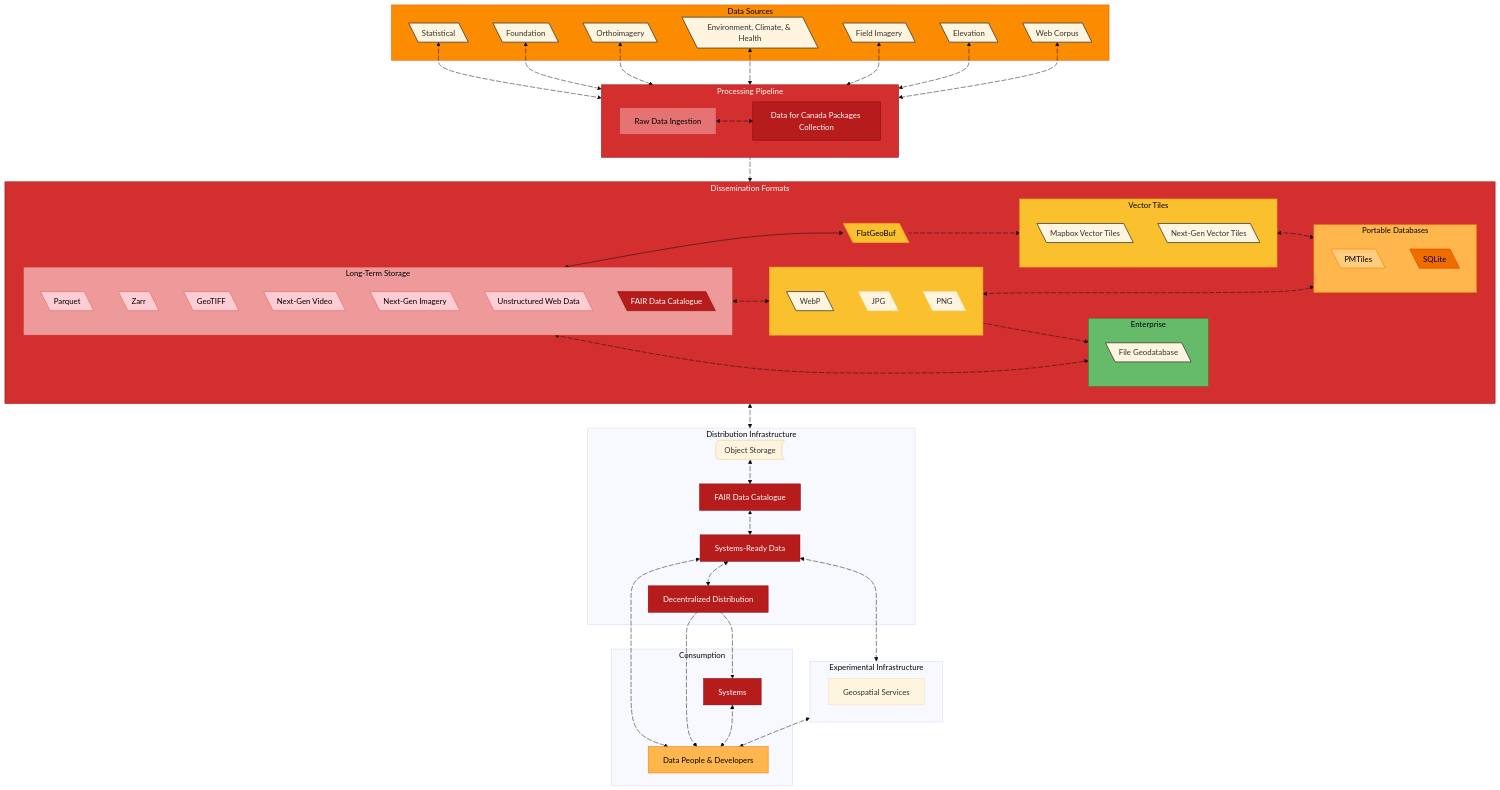
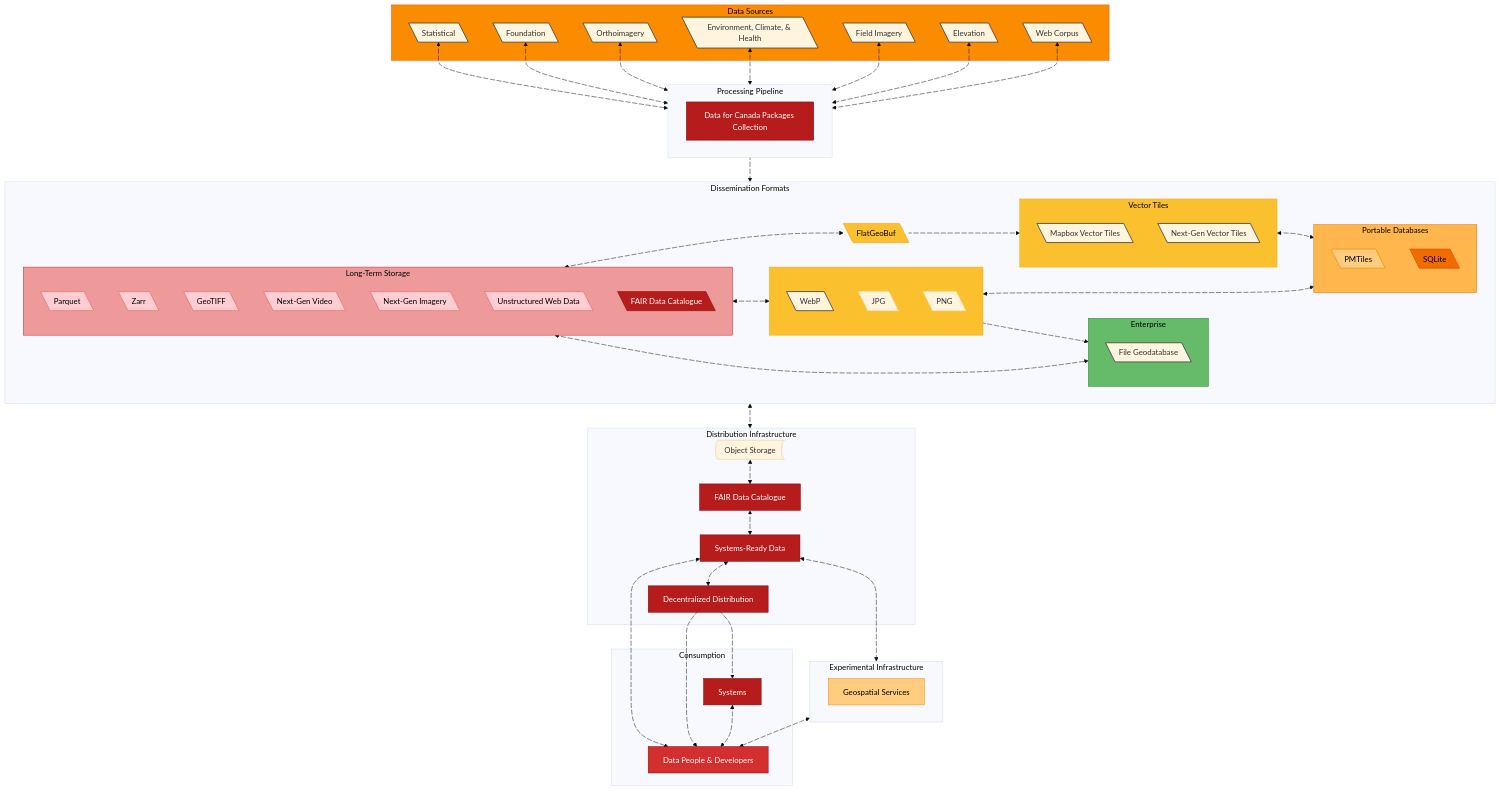
Before and after one commit to dataforcanada/www.dataforcanada.org: the diagram in content/_index.md, drawn with Mermaid (base theme).

Commit message:
Fix colors for high-level overview diagram on homepage

```diff
--- a/content/_index.md
+++ b/content/_index.md
@@ -86,10 +86,7 @@
     subgraph pp [Processing Pipeline]
         %% Not the orchestrator, but a key towards achieving project mission.
         DataforCanadaPackagesCollection@{ shape: rect, label: "Data for Canada Packages Collection"}
-        Raw@{ shape: rect, label: "Raw Data Ingestion"}
         %% Internal Link
-        Raw a1000@ <--> DataforCanadaPackagesCollection
-        a1000@{animate: true, animation: slow}
     end
 
     %% ---------------------------------------------------------
@@ -185,8 +182,8 @@
     a10@{animate: true, animation: fast}
 
     %% Long-Term Storage --> FlatGeoBuf
-    sot a10@<--> FlatGeoBuf
-    a10@{animate: true, animation: fast}
+    sot a10000@<--> FlatGeoBuf
+    a10000@{animate: true, animation: fast}
     
     %% FlatGeoBuf --> Vector Tiles (Box)
     FlatGeoBuf a11@--> vt
@@ -245,16 +242,15 @@
 
 classDef linkNode stroke:#333333,color:#333333,stroke-width:1.5px;
 
-style pp fill:#D32F2F,stroke:#8E0000,color:#FFFFFF
+%%style pp fill:#D32F2F,stroke:#8E0000,color:#FFFFFF
 style DataforCanadaPackagesCollection fill:#B71C1C,stroke:#7F0000,color:#FFFFFF
 style FAIRDataDis fill:#B71C1C,stroke:#7F0000,color:#FFFFFF
 style DecentralizedDistribution fill:#B71C1C,stroke:#7F0000,color:#FFFFFF
 style HTTP fill:#B71C1C,stroke:#7F0000,color:#FFFFFF
 style Systems fill:#B71C1C,stroke:#7F0000,color:#FFFFFF
 style Metadata fill:#B71C1C,stroke:#7F0000,color:#FFFFFF
-style Raw fill:#E57373,stroke:#C62828,color:#000000
 
-style df fill:#D32F2F,stroke:#8E0000,color:#FFFFFF
+%%style df fill:#D32F2F,stroke:#8E0000,color:#FFFFFF
 style sot fill:#EF9A9A,stroke:#C62828,color:#000000
 
 style Parquet fill:#FFCDD2,stroke:#E57373,color:#000000
@@ -276,7 +272,8 @@
 style visuals fill:#FBC02D,stroke:#F9A825,color:#000000
 
 style ent fill:#66BB6A,stroke:#2E7D32,color:#000000
-style DataSci fill:#FFB74D,stroke:#EF6C00,color:#000000
+style DataSci fill:#D32F2F,stroke:#8E0000,color:#FFFFFF
+style GeoSpatialServices fill:#FFCC80,stroke:#FB8C00,color:#000000
 
 
 class Foundation,Statistical,Orthoimagery,FieldImagery,EnvironmentClimate,Elevation,WebCorpus linkNode
```
